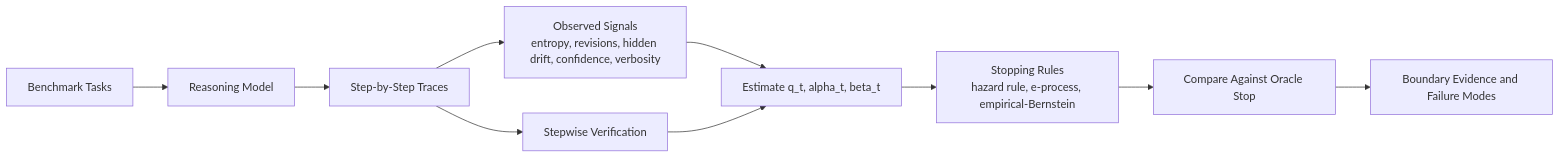
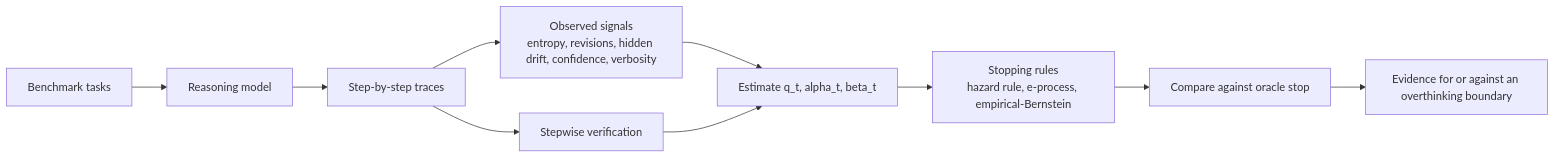
The diagram in README.md (bhattadiCS/research-thesis-overthinking-boundary), drawn with Mermaid before and after one commit. The commit also changed other lines of this file, not shown here.

````diff
--- a/README.md
+++ b/README.md
@@ -45,12 +128,12 @@
 ```mermaid
 flowchart LR
-	A[Benchmark Tasks] --> B[Reasoning Model]
-	B --> C[Step-by-Step Traces]
-	C --> D[Observed Signals\nentropy, revisions, hidden drift, confidence, verbosity]
-	C --> E[Stepwise Verification]
+	A[Benchmark tasks] --> B[Reasoning model]
+	B --> C[Step-by-step traces]
+	C --> D[Observed signals\nentropy, revisions, hidden drift, confidence, verbosity]
+	C --> E[Stepwise verification]
 	D --> F[Estimate q_t, alpha_t, beta_t]
 	E --> F
-	F --> G[Stopping Rules\nhazard rule, e-process, empirical-Bernstein]
-	G --> H[Compare Against Oracle Stop]
-	H --> I[Boundary Evidence and Failure Modes]
+	F --> G[Stopping rules\nhazard rule, e-process, empirical-Bernstein]
+	G --> H[Compare against oracle stop]
+	H --> I[Evidence for or against an overthinking boundary]
 ```
````
